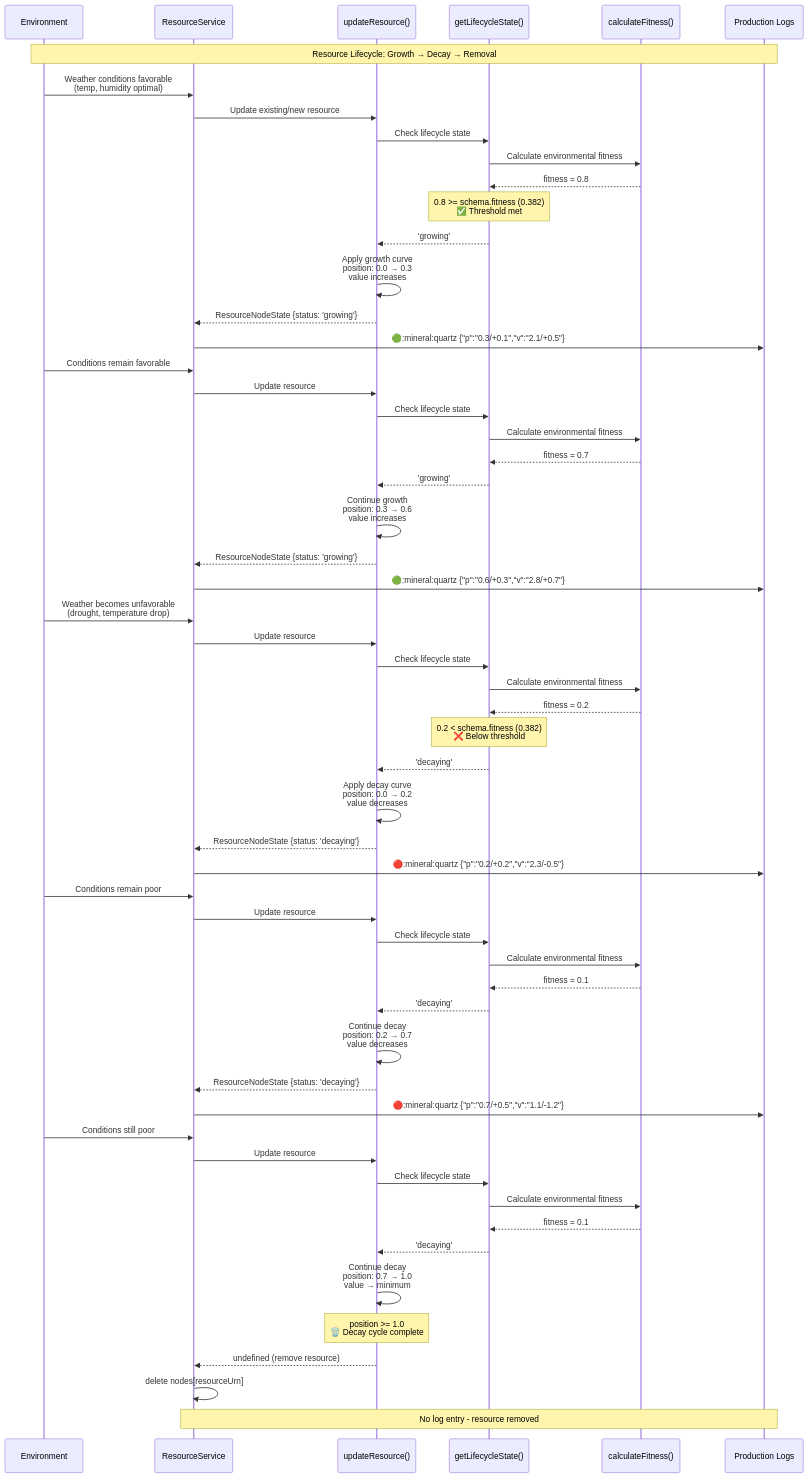
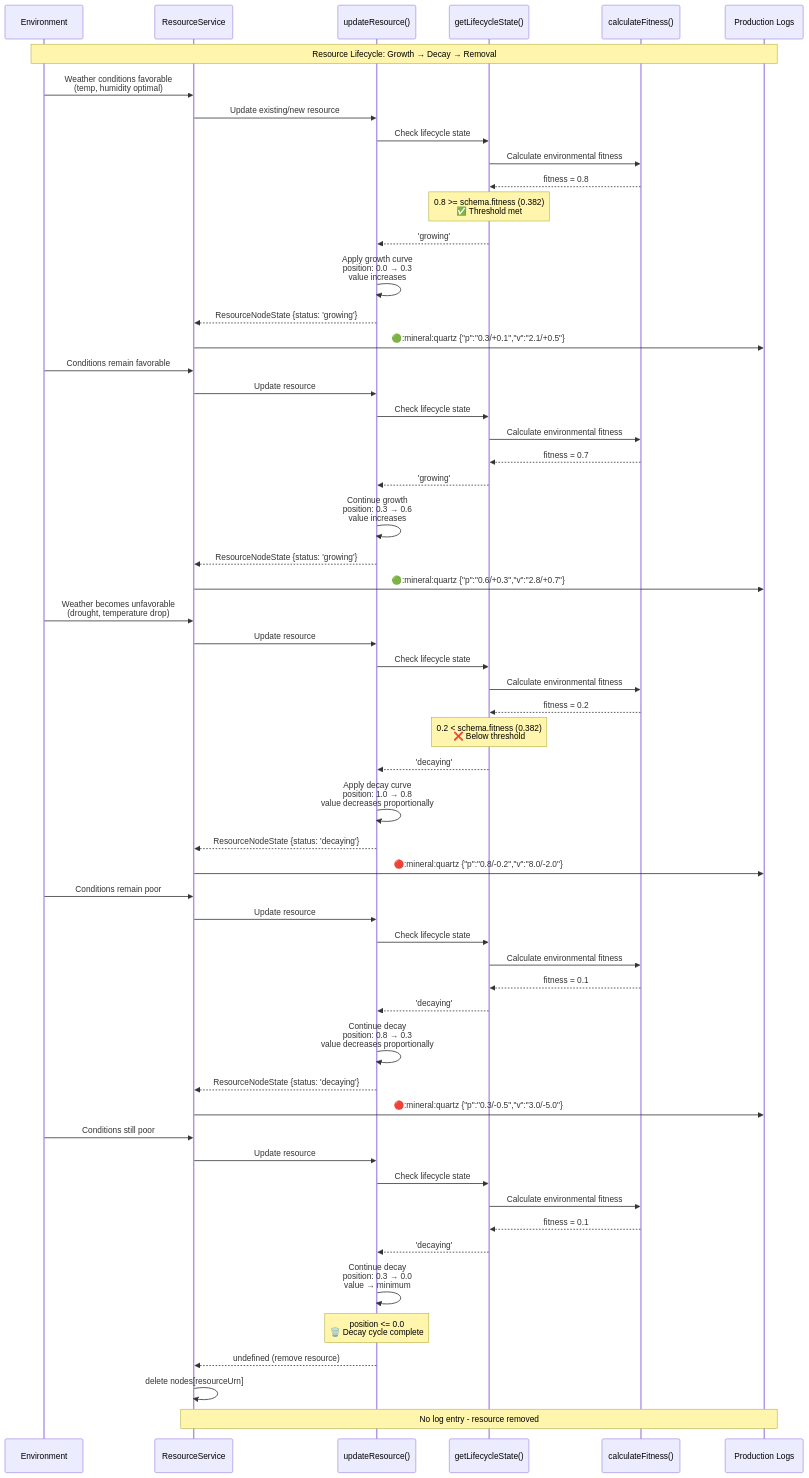
The first of 2 diagrams in docs/simulation/resources.md (industry-digital/flux-game), drawn with Mermaid before and after one commit. The commit also changed other lines of this file and 3 other files, not shown here.

````diff
--- a/docs/simulation/resources.md
+++ b/docs/simulation/resources.md
@@ -643,70 +643,70 @@
 ```mermaid
 sequenceDiagram
     participant ENV as Environment
     participant SVC as ResourceService
     participant UPD as updateResource()
     participant LCS as getLifecycleState()
     participant FIT as calculateFitness()
     participant LOG as Production Logs
 
     Note over ENV,LOG: Resource Lifecycle: Growth → Decay → Removal
 
     %% Initial favorable conditions
     ENV->>SVC: Weather conditions favorable<br/>(temp, humidity optimal)
     SVC->>UPD: Update existing/new resource
     UPD->>LCS: Check lifecycle state
     LCS->>FIT: Calculate environmental fitness
     FIT-->>LCS: fitness = 0.8
     Note over LCS: 0.8 >= schema.fitness (0.382)<br/>✅ Threshold met
     LCS-->>UPD: 'growing'
     UPD->>UPD: Apply growth curve<br/>position: 0.0 → 0.3<br/>value increases
     UPD-->>SVC: ResourceNodeState {status: 'growing'}
     SVC->>LOG: 🟢:mineral:quartz {"p":"0.3/+0.1","v":"2.1/+0.5"}
 
     %% Continued growth
     ENV->>SVC: Conditions remain favorable
     SVC->>UPD: Update resource
     UPD->>LCS: Check lifecycle state
     LCS->>FIT: Calculate environmental fitness
     FIT-->>LCS: fitness = 0.7
     LCS-->>UPD: 'growing'
     UPD->>UPD: Continue growth<br/>position: 0.3 → 0.6<br/>value increases
     UPD-->>SVC: ResourceNodeState {status: 'growing'}
     SVC->>LOG: 🟢:mineral:quartz {"p":"0.6/+0.3","v":"2.8/+0.7"}
 
     %% Environmental conditions worsen
     ENV->>SVC: Weather becomes unfavorable<br/>(drought, temperature drop)
     SVC->>UPD: Update resource
     UPD->>LCS: Check lifecycle state
     LCS->>FIT: Calculate environmental fitness
     FIT-->>LCS: fitness = 0.2
     Note over LCS: 0.2 < schema.fitness (0.382)<br/>❌ Below threshold
     LCS-->>UPD: 'decaying'
-    UPD->>UPD: Apply decay curve<br/>position: 0.0 → 0.2<br/>value decreases
+    UPD->>UPD: Apply decay curve<br/>position: 1.0 → 0.8<br/>value decreases proportionally
     UPD-->>SVC: ResourceNodeState {status: 'decaying'}
-    SVC->>LOG: 🔴:mineral:quartz {"p":"0.2/+0.2","v":"2.3/-0.5"}
+    SVC->>LOG: 🔴:mineral:quartz {"p":"0.8/-0.2","v":"8.0/-2.0"}
 
     %% Continued decay
     ENV->>SVC: Conditions remain poor
     SVC->>UPD: Update resource
     UPD->>LCS: Check lifecycle state
     LCS->>FIT: Calculate environmental fitness
     FIT-->>LCS: fitness = 0.1
     LCS-->>UPD: 'decaying'
-    UPD->>UPD: Continue decay<br/>position: 0.2 → 0.7<br/>value decreases
+    UPD->>UPD: Continue decay<br/>position: 0.8 → 0.3<br/>value decreases proportionally
     UPD-->>SVC: ResourceNodeState {status: 'decaying'}
-    SVC->>LOG: 🔴:mineral:quartz {"p":"0.7/+0.5","v":"1.1/-1.2"}
+    SVC->>LOG: 🔴:mineral:quartz {"p":"0.3/-0.5","v":"3.0/-5.0"}
 
     %% Decay completion and removal
     ENV->>SVC: Conditions still poor
     SVC->>UPD: Update resource
     UPD->>LCS: Check lifecycle state
     LCS->>FIT: Calculate environmental fitness
     FIT-->>LCS: fitness = 0.1
     LCS-->>UPD: 'decaying'
-    UPD->>UPD: Continue decay<br/>position: 0.7 → 1.0<br/>value → minimum
-    Note over UPD: position >= 1.0<br/>🗑️ Decay cycle complete
+    UPD->>UPD: Continue decay<br/>position: 0.3 → 0.0<br/>value → minimum
+    Note over UPD: position <= 0.0<br/>🗑️ Decay cycle complete
     UPD-->>SVC: undefined (remove resource)
     SVC->>SVC: delete nodes[resourceUrn]
     Note over SVC,LOG: No log entry - resource removed
 ```
````
